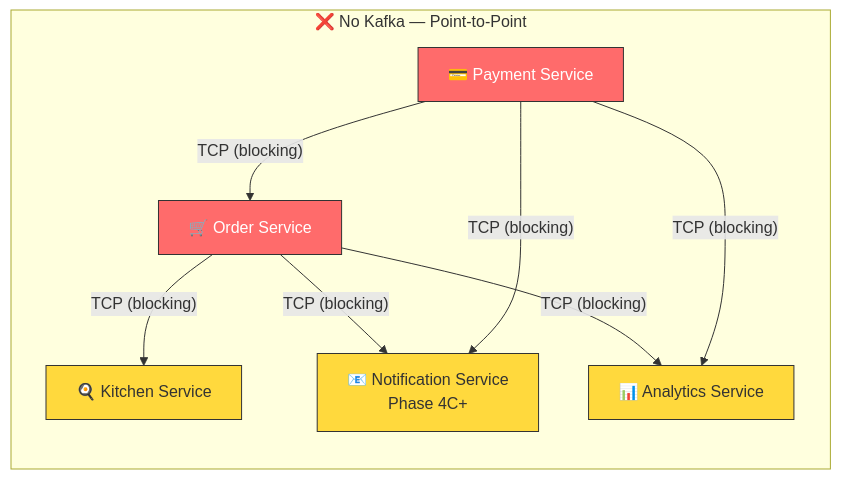
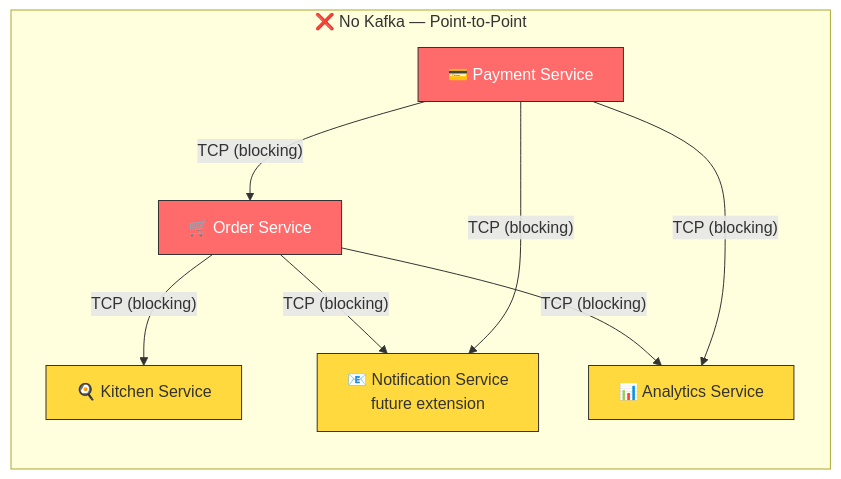
One commit to quan-vo-dinh/saas-pos-microservices-qrtable changed the first of 38 diagrams in docs/guides/kafka-qrtable.md. Above: the diagram before and after it, drawn with Mermaid. The commit also changed other lines of this file and 31 other files, not shown here.

First line of the commit message:
docs: narrow phase 4c to staff management and drop notification scope

````diff
--- a/docs/guides/kafka-qrtable.md
+++ b/docs/guides/kafka-qrtable.md
@@ -52,23 +52,23 @@
 ```mermaid
 graph LR
 subgraph "❌ No Kafka — Point-to-Point"
         OS["🛒 Order Service"]
         PS["💳 Payment Service"]
         KS["🍳 Kitchen Service"]
-        NS["📧 Notification Service<br/>Phase 4C+"]
+        NS["📧 Notification Service<br/>future extension"]
         AS["📊 Analytics Service"]
 
         OS -->|"TCP (blocking)"| KS
         OS -->|"TCP (blocking)"| NS
         OS -->|"TCP (blocking)"| AS
         PS -->|"TCP (blocking)"| OS
         PS -->|"TCP (blocking)"| NS
         PS -->|"TCP (blocking)"| AS
     end
 
     style OS fill:#ff6b6b,stroke:#333,color:#fff
     style PS fill:#ff6b6b,stroke:#333,color:#fff
     style KS fill:#ffd93d,stroke:#333,color:#333
     style NS fill:#ffd93d,stroke:#333,color:#333
     style AS fill:#ffd93d,stroke:#333,color:#333
 ```
````
